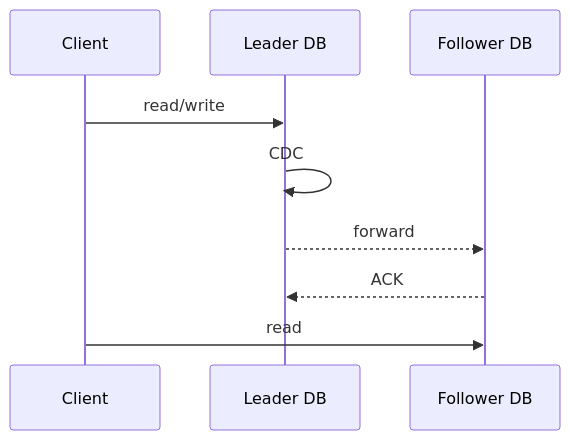
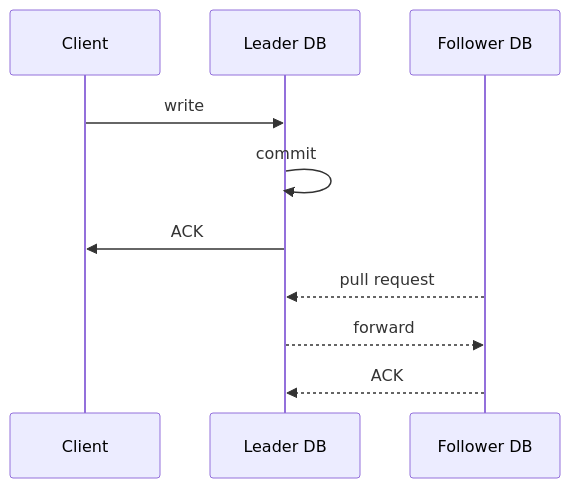
Before and after one commit to bingyangchen/KM-software: the second of 2 diagrams in System Design/Database Replication.md, drawn with Mermaid. The commit also changed other lines of this file and 84 other files, not shown here.

````diff
--- a/System Design/Database Replication.md
+++ b/System Design/Database Replication.md
@@ -19,8 +74,9 @@
 ```mermaid
 sequenceDiagram
-    Client ->> Leader DB: read/write
-    Leader DB ->> Leader DB: CDC
+    Client ->> Leader DB: write
+    Leader DB ->> Leader DB: commit
+    Leader DB ->> Client: ACK
+    Follower DB -->> Leader DB: pull request
     Leader DB -->> Follower DB: forward
     Follower DB -->> Leader DB: ACK
-    Client ->> Follower DB: read
 ```
````
